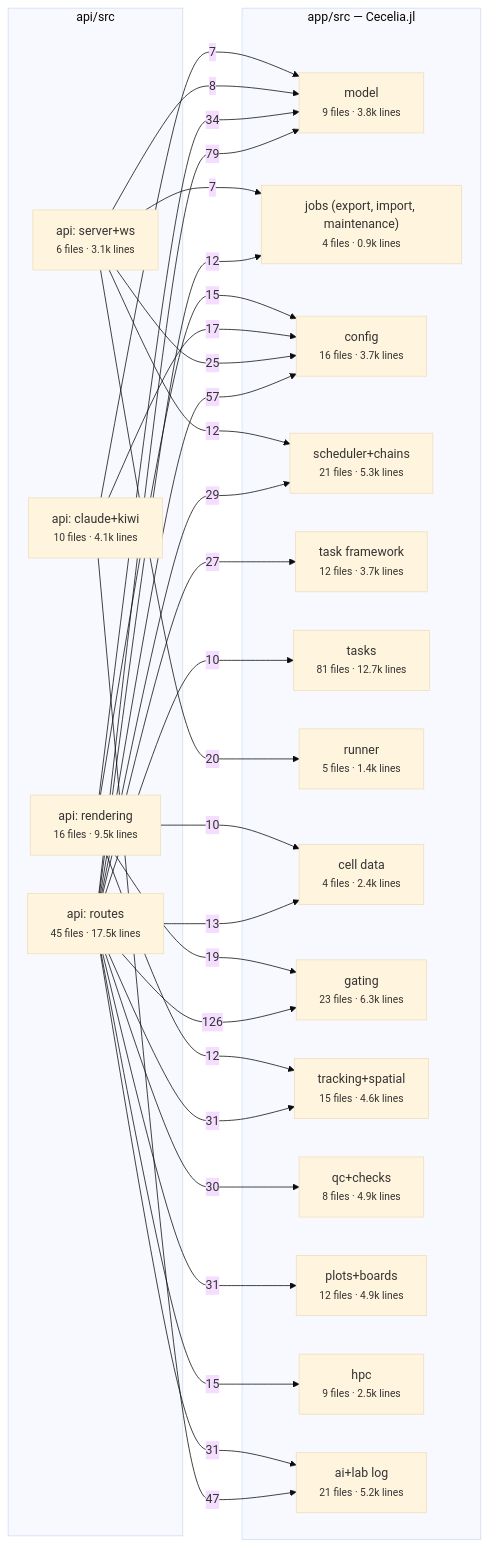
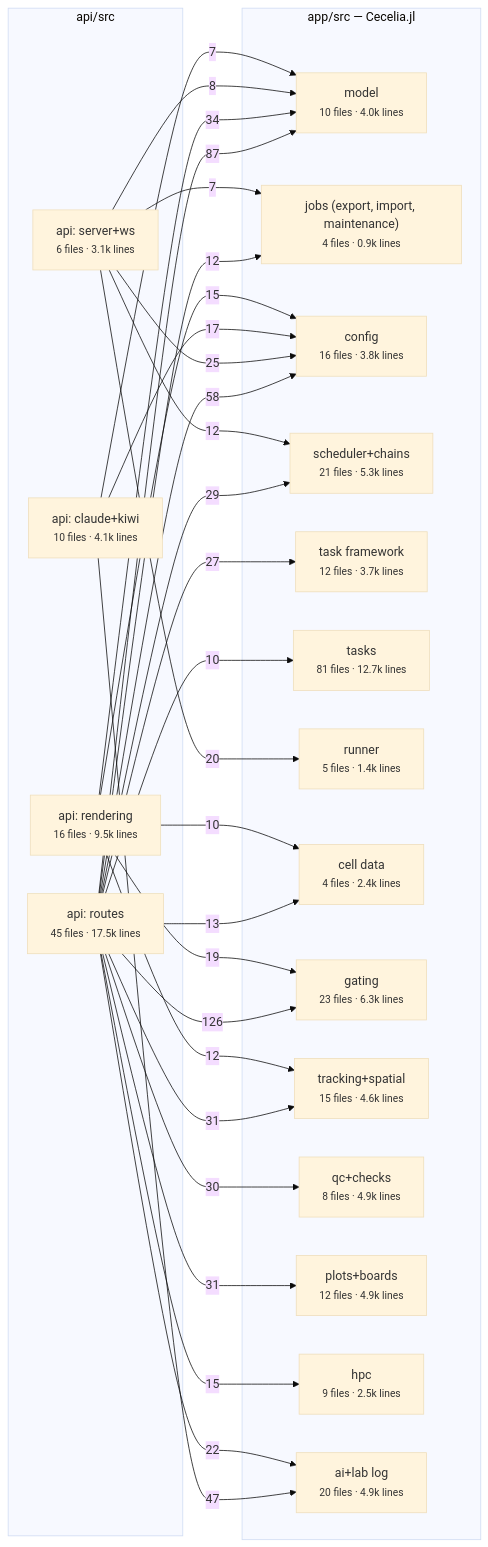
One commit to schienstockd/cecelia changed the second of 2 diagrams in docs/architecture/julia/areas.md. Above: the diagram before and after it, drawn with Mermaid (base theme). The commit also changed other lines of this file and 27 other files, not shown here.

````diff
--- a/docs/architecture/julia/areas.md
+++ b/docs/architecture/julia/areas.md
@@ -66,51 +64,51 @@
 ```mermaid
 flowchart LR
   subgraph API["api/src"]
     api__server_ws["api: server+ws<br/><small>6 files · 3.1k lines</small>"]
     api__rendering["api: rendering<br/><small>16 files · 9.5k lines</small>"]
     api__claude_kiwi["api: claude+kiwi<br/><small>10 files · 4.1k lines</small>"]
     api__routes["api: routes<br/><small>45 files · 17.5k lines</small>"]
   end
   subgraph PKG["app/src — Cecelia.jl"]
-    model["model<br/><small>9 files · 3.8k lines</small>"]
+    model["model<br/><small>10 files · 4.0k lines</small>"]
     jobs__export__import__maintenance_["jobs (export, import, maintenance)<br/><small>4 files · 0.9k lines</small>"]
-    config["config<br/><small>16 files · 3.7k lines</small>"]
+    config["config<br/><small>16 files · 3.8k lines</small>"]
     scheduler_chains["scheduler+chains<br/><small>21 files · 5.3k lines</small>"]
     task_framework["task framework<br/><small>12 files · 3.7k lines</small>"]
     tasks["tasks<br/><small>81 files · 12.7k lines</small>"]
     runner["runner<br/><small>5 files · 1.4k lines</small>"]
     cell_data["cell data<br/><small>4 files · 2.4k lines</small>"]
     gating["gating<br/><small>23 files · 6.3k lines</small>"]
     tracking_spatial["tracking+spatial<br/><small>15 files · 4.6k lines</small>"]
     qc_checks["qc+checks<br/><small>8 files · 4.9k lines</small>"]
     plots_boards["plots+boards<br/><small>12 files · 4.9k lines</small>"]
     hpc["hpc<br/><small>9 files · 2.5k lines</small>"]
-    ai_lab_log["ai+lab log<br/><small>21 files · 5.2k lines</small>"]
+    ai_lab_log["ai+lab log<br/><small>20 files · 4.9k lines</small>"]
   end
   api__routes -->|126| gating
-  api__routes -->|79| model
-  api__routes -->|57| config
+  api__routes -->|87| model
+  api__routes -->|58| config
   api__claude_kiwi -->|47| ai_lab_log
   api__rendering -->|34| model
-  api__routes -->|31| ai_lab_log
   api__routes -->|31| plots_boards
   api__routes -->|31| tracking_spatial
   api__routes -->|30| qc_checks
   api__routes -->|29| scheduler_chains
   api__routes -->|27| task_framework
   api__server_ws -->|25| config
+  api__routes -->|22| ai_lab_log
   api__server_ws -->|20| runner
   api__rendering -->|19| gating
   api__claude_kiwi -->|17| config
   api__rendering -->|15| config
   api__routes -->|15| hpc
   api__routes -->|13| cell_data
   api__rendering -->|12| tracking_spatial
   api__routes -->|12| jobs__export__import__maintenance_
   api__server_ws -->|12| scheduler_chains
   api__rendering -->|10| cell_data
   api__routes -->|10| tasks
   api__server_ws -->|8| model
   api__claude_kiwi -->|7| model
   api__server_ws -->|7| jobs__export__import__maintenance_
 ```
````
